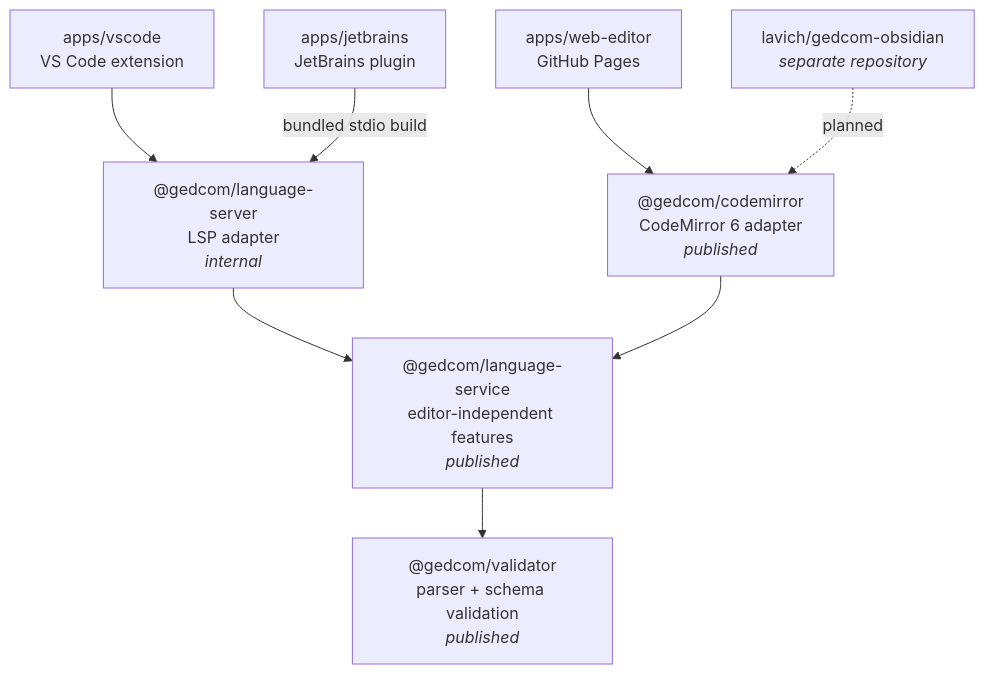
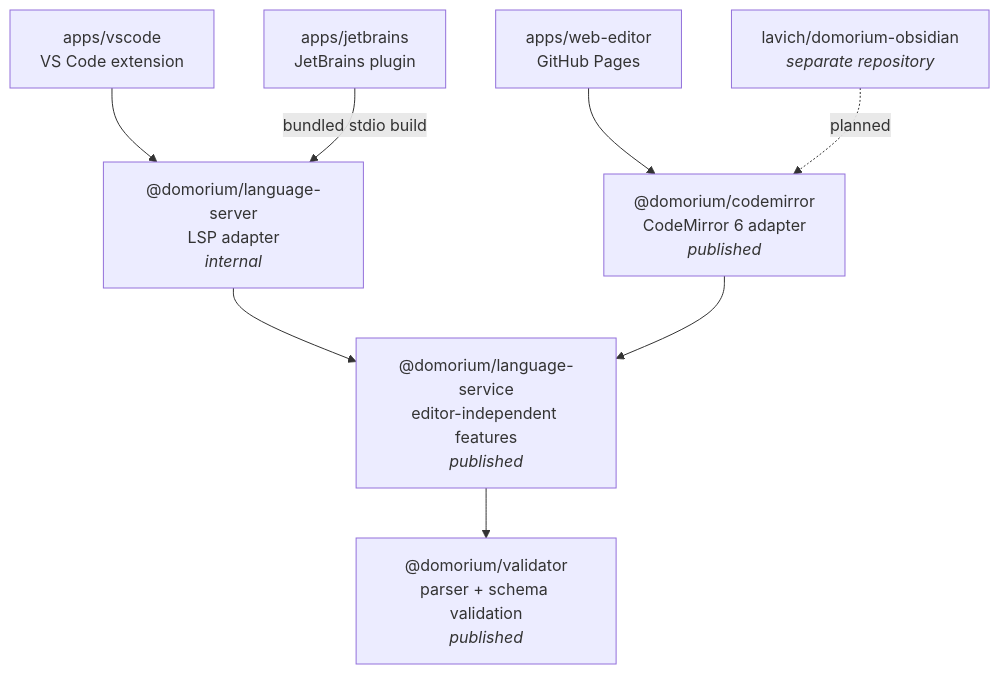
Before and after one commit to lavich/domorium: the diagram in docs/architecture.md, drawn with Mermaid. The commit also changed other lines of this file and 68 other files, not shown here.

````diff
--- a/docs/architecture.md
+++ b/docs/architecture.md
@@ -14,19 +14,19 @@
 ```mermaid
 graph TD
     vscode["apps/vscode<br/>VS Code extension"]
     jb["apps/jetbrains<br/>JetBrains plugin"]
     web["apps/web-editor<br/>GitHub Pages"]
-    obsidian["lavich/gedcom-obsidian<br/><i>separate repository</i>"]
-    lsp["@gedcom/language-server<br/>LSP adapter<br/><i>internal</i>"]
-    cm["@gedcom/codemirror<br/>CodeMirror 6 adapter<br/><i>published</i>"]
-    service["@gedcom/language-service<br/>editor-independent features<br/><i>published</i>"]
-    validator["@gedcom/validator<br/>parser + schema validation<br/><i>published</i>"]
+    obsidian["lavich/domorium-obsidian<br/><i>separate repository</i>"]
+    lsp["@domorium/language-server<br/>LSP adapter<br/><i>internal</i>"]
+    cm["@domorium/codemirror<br/>CodeMirror 6 adapter<br/><i>published</i>"]
+    service["@domorium/language-service<br/>editor-independent features<br/><i>published</i>"]
+    validator["@domorium/validator<br/>parser + schema validation<br/><i>published</i>"]
 
     vscode --> lsp
     jb -->|"bundled stdio build"| lsp
     web --> cm
     obsidian -.->|planned| cm
     lsp --> service
     cm --> service
     service --> validator
 ```
````
